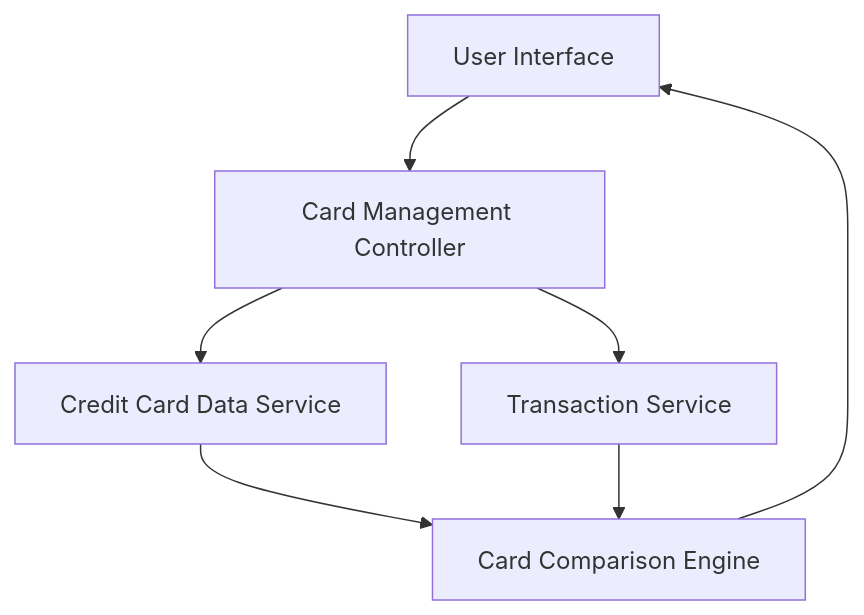
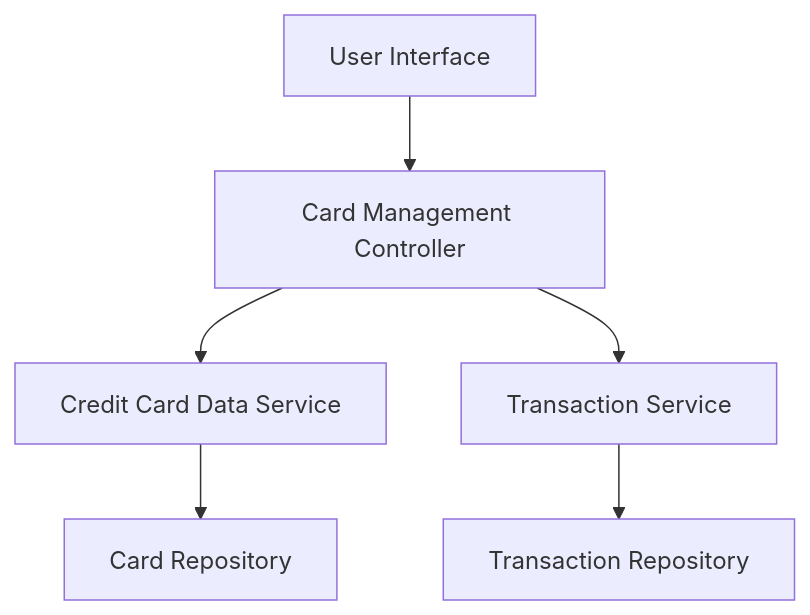
Before and after one commit to AAVA-Demo/APB_Demo: the diagram in HLD/QE-7685_HLD.md, drawn with Mermaid. The commit also changed other lines of this file and 5 other files, not shown here.

````diff
--- a/HLD/QE-7685_HLD.md
+++ b/HLD/QE-7685_HLD.md
@@ -7,14 +7,14 @@
 ```mermaid
 flowchart TD
     A["User Interface"]
     B["Card Management Controller"]
     C["Credit Card Data Service"]
     D["Transaction Service"]
-    E["Card Comparison Engine"]
+    E["Card Repository"]
+    F["Transaction Repository"]
     A --> B
     B --> C
     B --> D
     C --> E
-    D --> E
-    E --> A
+    D --> F
 ```
````
